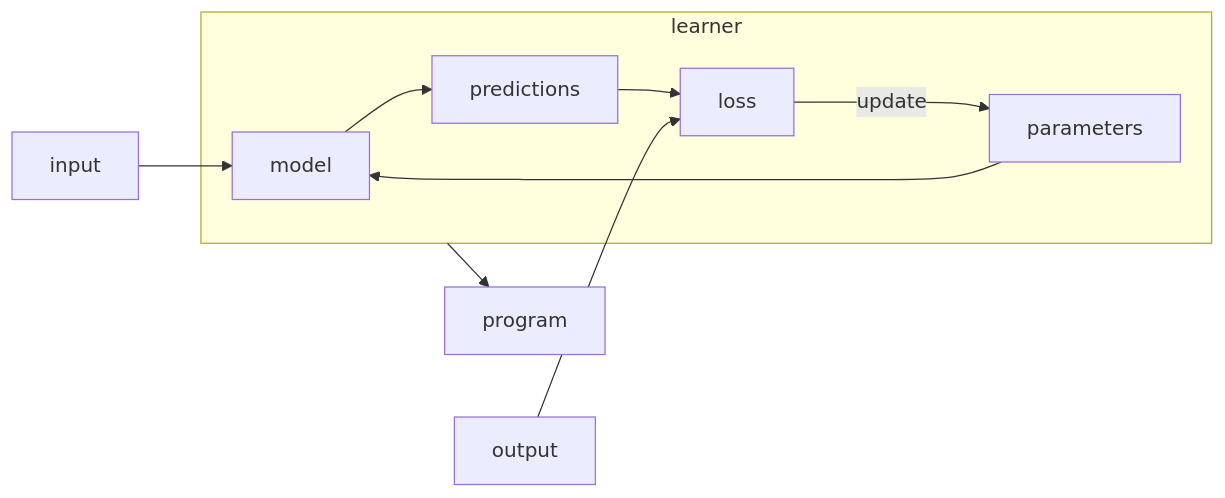
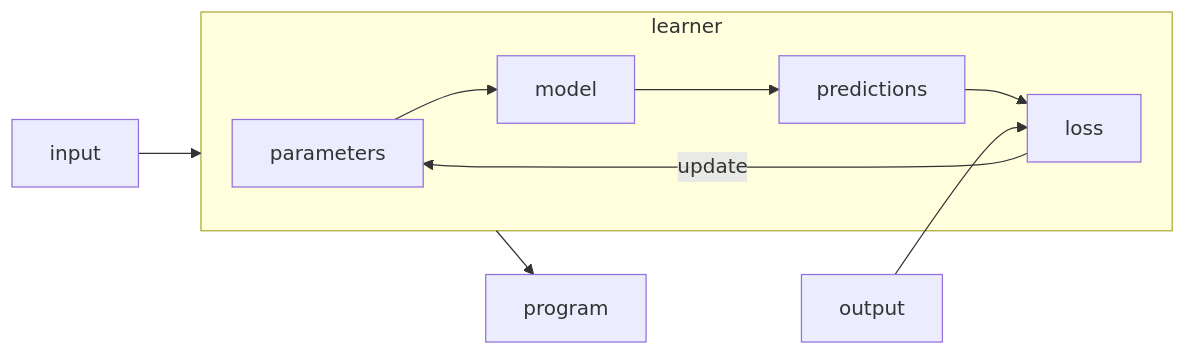
Before and after one commit to nicoladerric/nicoladerric.github.io: the third of 3 diagrams in _posts/2023-08-16-rivoluzione.md, drawn with Mermaid. The commit also changed other lines of this file, not shown here.

````diff
--- a/_posts/2023-08-16-rivoluzione.md
+++ b/_posts/2023-08-16-rivoluzione.md
@@ -31,12 +53,12 @@
 ```mermaid
 flowchart LR;
-    input --> model;
+    input --> learner;
     subgraph learner
     parameters --> model;
     model --> predictions;
     predictions --> loss;
     loss ---> |update|parameters;
     end
     output --> loss;
     learner --> program
 ```
````
